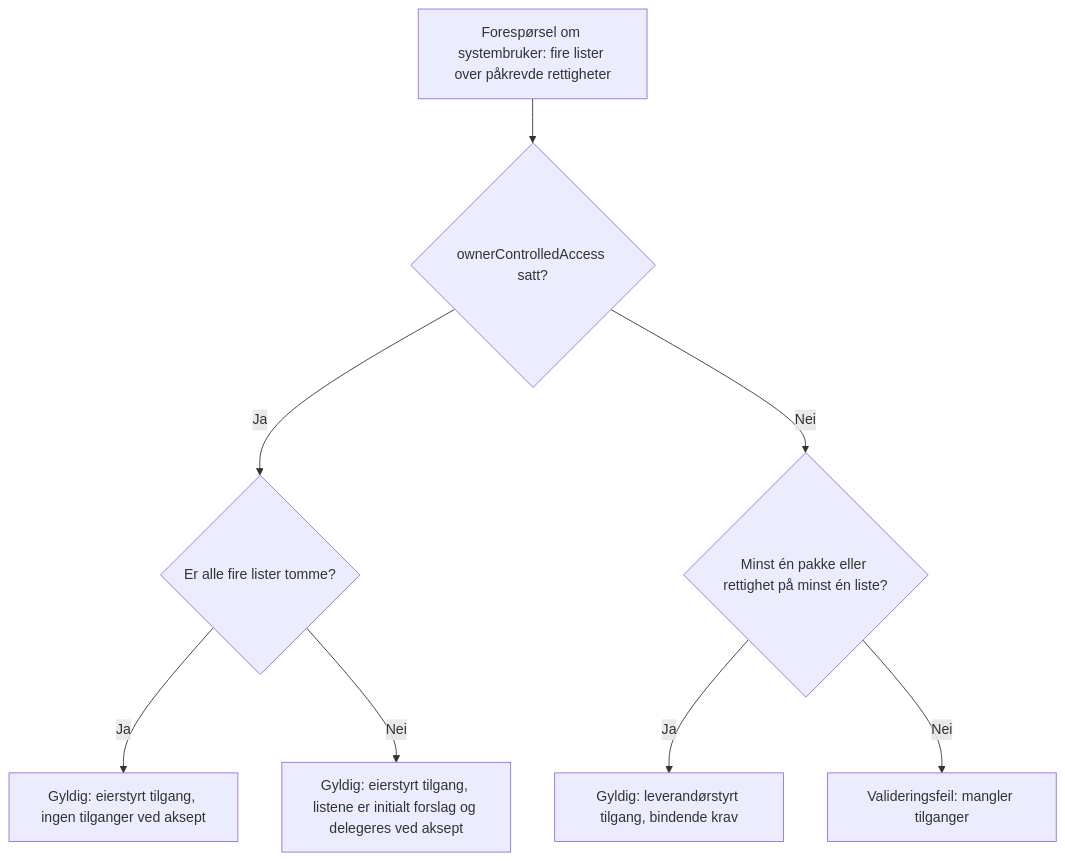
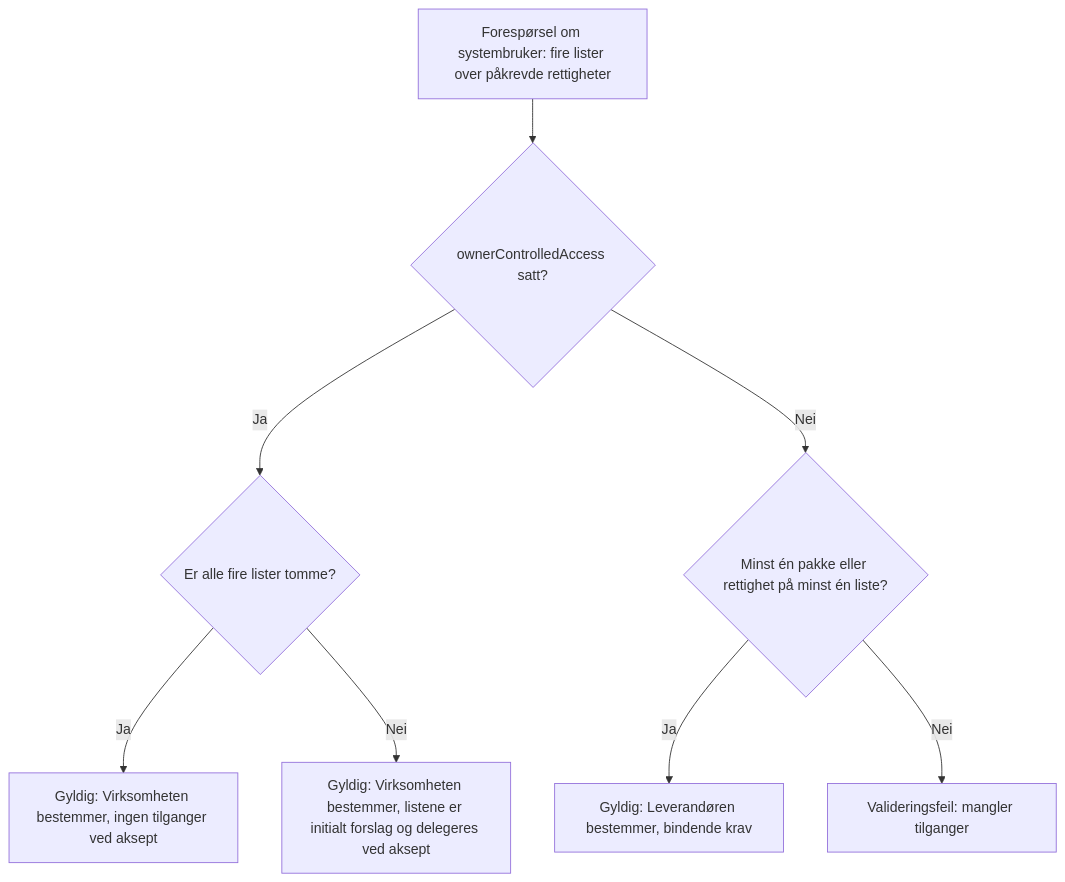
The second of 5 diagrams in content/authorization/guides/system-vendor/system-user/beslutningstre.nb.md (Altinn/altinn-studio-docs), drawn with Mermaid before and after one commit. The commit also changed 3 other files, not shown here.

First line of the commit message:
docs: name the system user modes «Leverandøren bestemmer» and «Virksomheten bestemmer»

```diff
--- a/content/authorization/guides/system-vendor/system-user/beslutningstre.nb.md
+++ b/content/authorization/guides/system-vendor/system-user/beslutningstre.nb.md
@@ -41,10 +41,10 @@
 {{< mermaid >}}
 graph TD
   REQUEST["Forespørsel om systembruker: fire lister over påkrevde rettigheter"] --> FLAG{"ownerControlledAccess satt?"}
   FLAG -->|Ja| EMPTY{"Er alle fire lister tomme?"}
-  EMPTY -->|Ja| FREE["Gyldig: eierstyrt tilgang, ingen tilganger ved aksept"]
-  EMPTY -->|Nei| PROPOSAL["Gyldig: eierstyrt tilgang, listene er initialt forslag og delegeres ved aksept"]
+  EMPTY -->|Ja| FREE["Gyldig: Virksomheten bestemmer, ingen tilganger ved aksept"]
+  EMPTY -->|Nei| PROPOSAL["Gyldig: Virksomheten bestemmer, listene er initialt forslag og delegeres ved aksept"]
   FLAG -->|Nei| CONTENT{"Minst én pakke eller rettighet på minst én liste?"}
-  CONTENT -->|Ja| PRESET["Gyldig: leverandørstyrt tilgang, bindende krav"]
+  CONTENT -->|Ja| PRESET["Gyldig: Leverandøren bestemmer, bindende krav"]
   CONTENT -->|Nei| ERROR2["Valideringsfeil: mangler tilganger"]
 {{< /mermaid >}}
```
